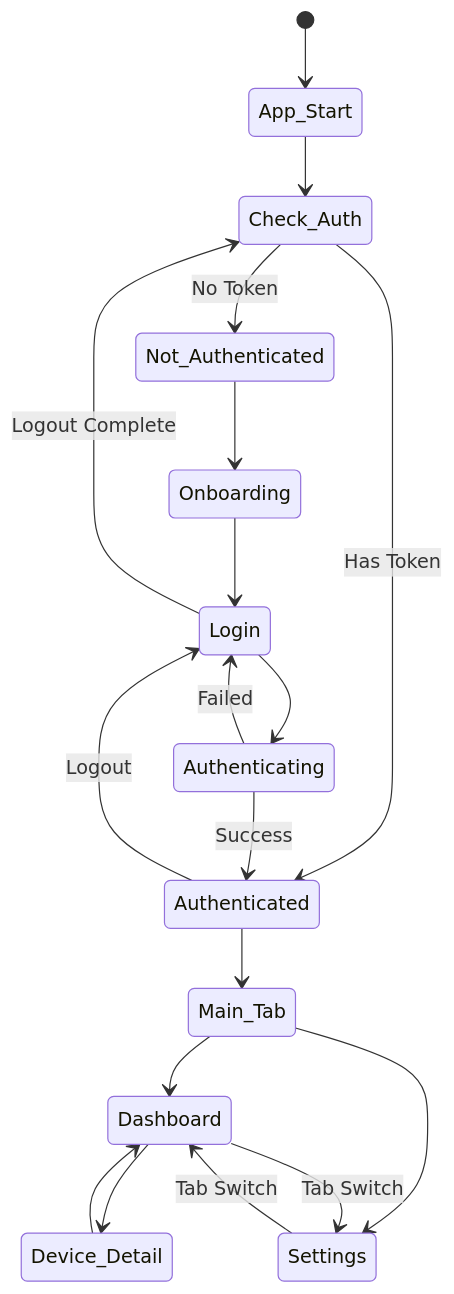
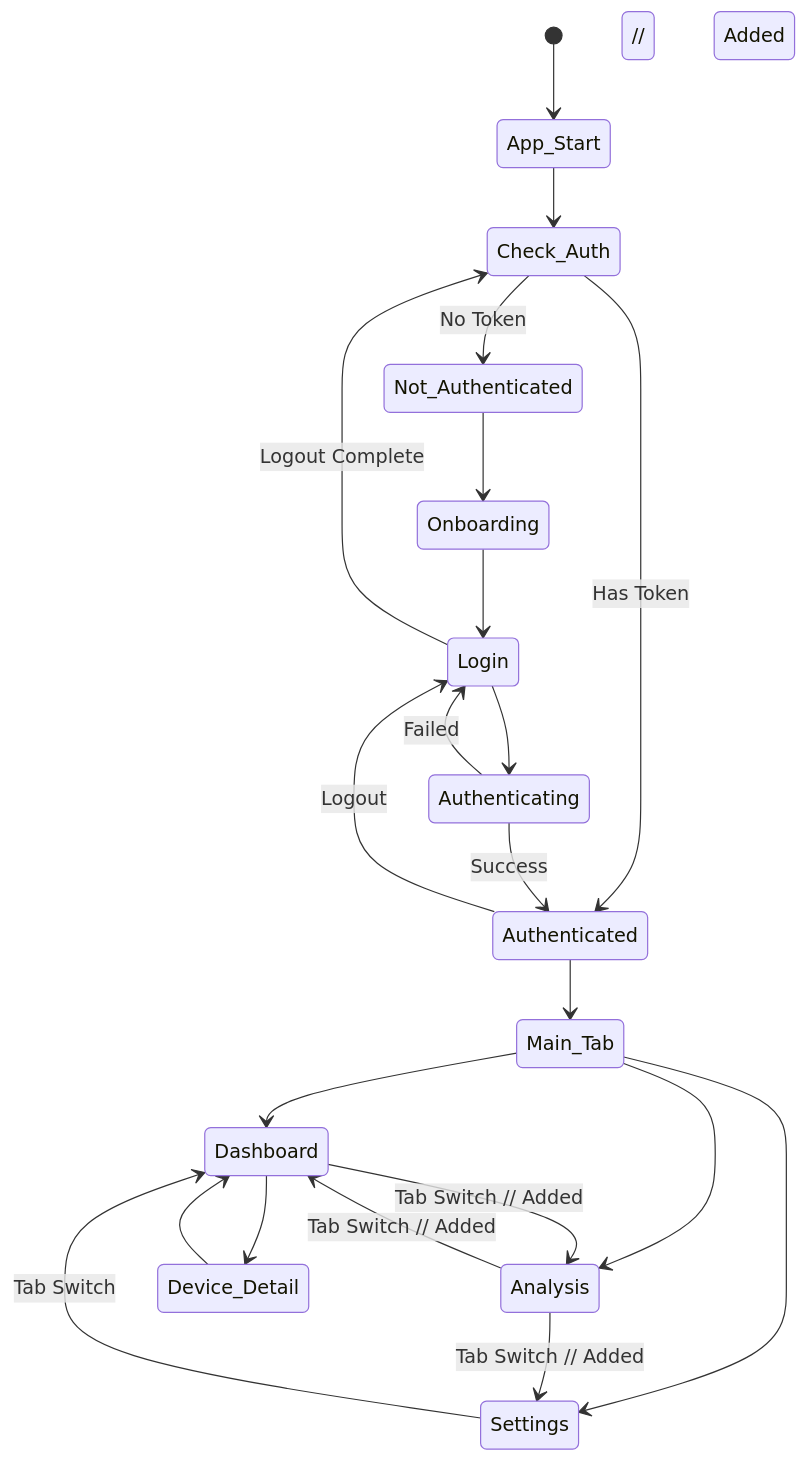
One commit to kimjuyoung1127/signalcraftapp changed diagram 14 of 17 in docs/architecture.md. Above: the diagram before and after it, drawn with Mermaid. The commit also changed other lines of this file and 36 other files, not shown here.

````diff
--- a/docs/architecture.md
+++ b/docs/architecture.md
@@ -521,28 +602,31 @@
 ```mermaid
 stateDiagram-v2
     [*] --> App_Start
     
     App_Start --> Check_Auth
     Check_Auth --> Not_Authenticated: No Token
     Check_Auth --> Authenticated: Has Token
     
     Not_Authenticated --> Onboarding
     Onboarding --> Login
     Login --> Authenticating
     
     Authenticating --> Authenticated: Success
     Authenticating --> Login: Failed
     
     Authenticated --> Main_Tab
     Main_Tab --> Dashboard
+    Main_Tab --> Analysis // Added
     Main_Tab --> Settings
     
     Dashboard --> Device_Detail
     Device_Detail --> Dashboard
     
-    Dashboard --> Settings: Tab Switch
+    Dashboard --> Analysis: Tab Switch // Added
+    Analysis --> Dashboard: Tab Switch // Added
+    Analysis --> Settings: Tab Switch // Added
     Settings --> Dashboard: Tab Switch
     
     Authenticated --> Login: Logout
     Login --> Check_Auth: Logout Complete
 ```
````
